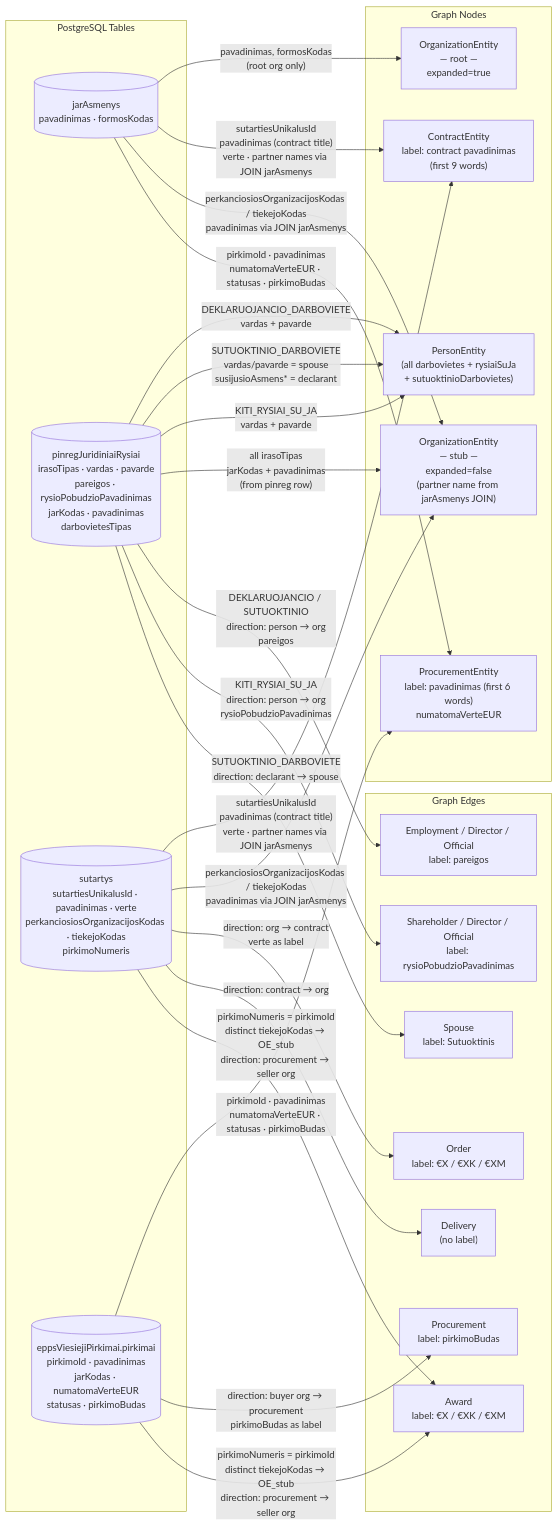
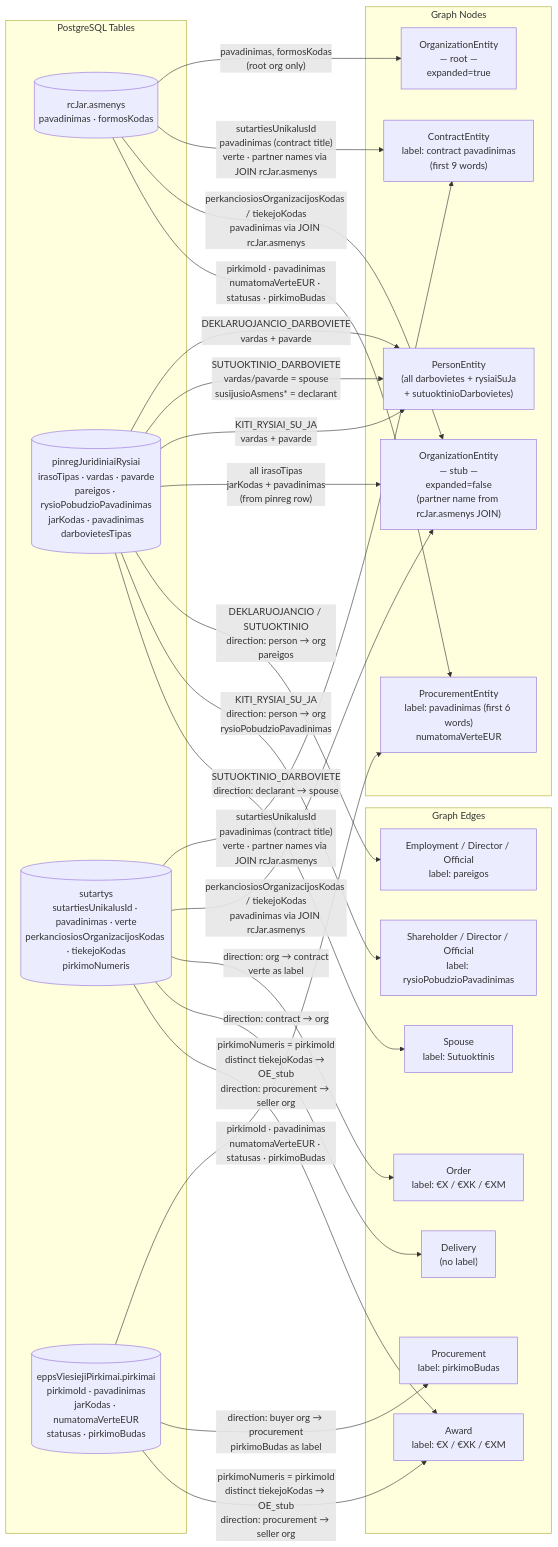
The first of 3 diagrams in docs/rysiai-spec.md (Viespirkiu-grupe/viespirkiai), drawn with Mermaid before and after one commit. The commit also changed other lines of this file and 32 other files, not shown here.

Commit message:
Move rcJar csv imports into their own schema

````diff
--- a/docs/rysiai-spec.md
+++ b/docs/rysiai-spec.md
@@ -144,43 +144,43 @@
 ```mermaid
 flowchart LR
     subgraph DB["PostgreSQL Tables"]
-        JC[("jarAsmenys\npavadinimas · formosKodas")]
+        JC[("rcJar.asmenys\npavadinimas · formosKodas")]
         PR[("pinregJuridiniaiRysiai\nirasoTipas · vardas · pavarde\npareigos · rysioPobudzioPavadinimas\njarKodas · pavadinimas\ndarbovietesTipas")]
         ST[("sutartys\nsutartiesUnikalusId · pavadinimas · verte\nperkanciosiosOrganizacijosKodas · tiekejoKodas\npirkimoNumeris")]
         VP[("eppsViesiejiPirkimai.pirkimai\npirkimoId · pavadinimas\njarKodas · numatomaVerteEUR\nstatusas · pirkimoBudas")]
     end
 
     subgraph GN["Graph Nodes"]
         OE_root["OrganizationEntity\n— root —\nexpanded=true"]
-        OE_stub["OrganizationEntity\n— stub —\nexpanded=false\n(partner name from jarAsmenys JOIN)"]
+        OE_stub["OrganizationEntity\n— stub —\nexpanded=false\n(partner name from rcJar.asmenys JOIN)"]
         PE["PersonEntity\n(all darbovietes + rysiaiSuJa\n+ sutuoktinioDarbovietes)"]
         CE["ContractEntity\nlabel: contract pavadinimas\n(first 9 words)"]
         VPE["ProcurementEntity\nlabel: pavadinimas (first 6 words)\nnumatomaVerteEUR"]
     end
 
     subgraph GE["Graph Edges"]
         E1["Employment / Director / Official\nlabel: pareigos"]
         E2["Shareholder / Director / Official\nlabel: rysioPobudzioPavadinimas"]
         E3["Spouse\nlabel: Sutuoktinis"]
         E4["Order\nlabel: €X / €XK / €XM"]
         E5["Delivery\n(no label)"]
         E6["Procurement\nlabel: pirkimoBudas"]
         E7["Award\nlabel: €X / €XK / €XM"]
     end
 
     JC -->|" pavadinimas, formosKodas\n(root org only) "| OE_root
     PR -->|" DEKLARUOJANCIO_DARBOVIETE\nvardas + pavarde "| PE
     PR -->|" SUTUOKTINIO_DARBOVIETE\nvardas/pavarde = spouse\nsusijusioAsmens* = declarant "| PE
     PR -->|" KITI_RYSIAI_SU_JA\nvardas + pavarde "| PE
     PR -->|" all irasoTipas\njarKodas + pavadinimas\n(from pinreg row) "| OE_stub
     PR -->|" DEKLARUOJANCIO / SUTUOKTINIO\ndirection: person → org\npareigos "| E1
     PR -->|" KITI_RYSIAI_SU_JA\ndirection: person → org\nrysioPobudzioPavadinimas "| E2
     PR -->|" SUTUOKTINIO_DARBOVIETE\ndirection: declarant → spouse "| E3
-    ST & JC -->|" sutartiesUnikalusId\npavadinimas (contract title)\nverte · partner names via JOIN jarAsmenys "| CE
-    ST & JC -->|" perkanciosiosOrganizacijosKodas / tiekejoKodas\npavadinimas via JOIN jarAsmenys "| OE_stub
+    ST & JC -->|" sutartiesUnikalusId\npavadinimas (contract title)\nverte · partner names via JOIN rcJar.asmenys "| CE
+    ST & JC -->|" perkanciosiosOrganizacijosKodas / tiekejoKodas\npavadinimas via JOIN rcJar.asmenys "| OE_stub
     ST -->|" direction: org → contract\nverte as label "| E4
     ST -->|" direction: contract → org "| E5
     VP & JC -->|" pirkimoId · pavadinimas\nnumatomaVerteEUR · statusas · pirkimoBudas "| VPE
     VP -->|" direction: buyer org → procurement\npirkimoBudas as label "| E6
     ST & VP -->|" pirkimoNumeris = pirkimoId\ndistinct tiekejoKodas → OE_stub\ndirection: procurement → seller org "| E7
 ```
````
